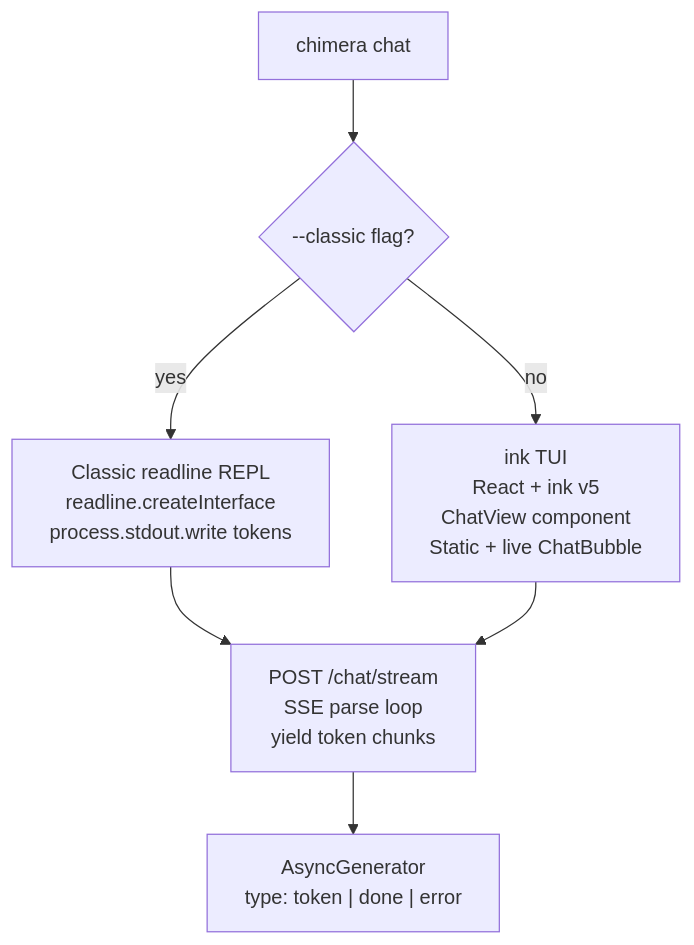
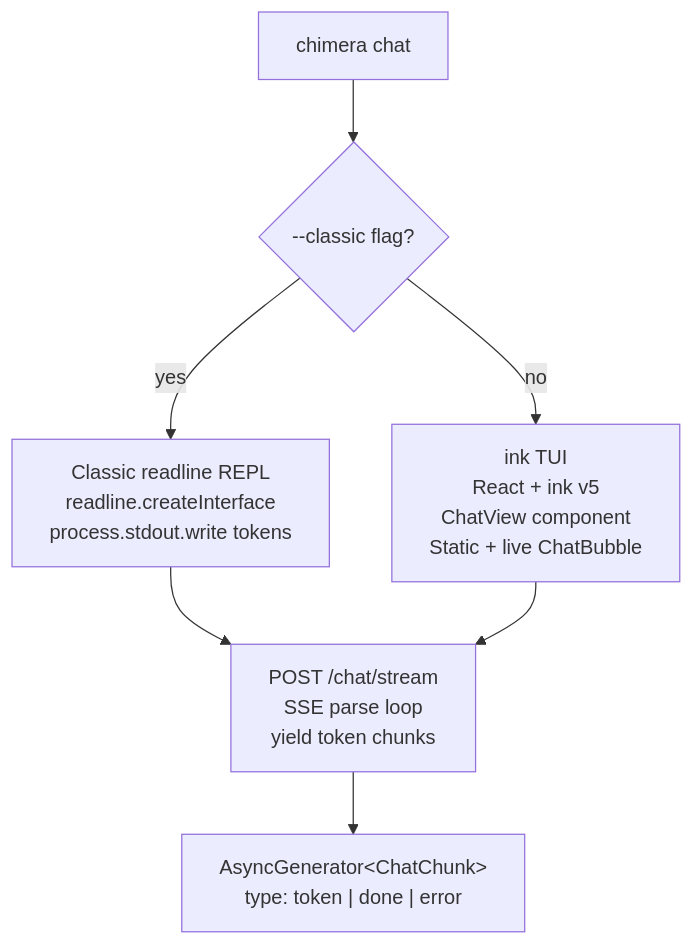
The fifth of 6 diagrams in docs/architecture/cli-lifecycle.md (Codeseys-Labs/chimera), drawn with Mermaid before and after one commit. The commit also changed other lines of this file and 1 other file, not shown here.

First line of the commit message:
fix(docs): apply mermaid diagram syntax fixes from builder-mermaid-fix

````diff
--- a/docs/architecture/cli-lifecycle.md
+++ b/docs/architecture/cli-lifecycle.md
@@ -202,25 +156,17 @@
 ```mermaid
 flowchart TD
     CMD[chimera chat]
     FLAG{--classic flag?}
 
-    READLINE[Classic readline REPL
-    readline.createInterface
-    process.stdout.write tokens]
-    INK[ink TUI
-    React + ink v5
-    ChatView component
-    Static + live ChatBubble]
+    READLINE["Classic readline REPL<br/>readline.createInterface<br/>process.stdout.write tokens"]
+    INK["ink TUI<br/>React + ink v5<br/>ChatView component<br/>Static + live ChatBubble"]
 
     CMD --> FLAG
     FLAG -- yes --> READLINE
     FLAG -- no --> INK
 
-    READLINE --> STREAM[POST /chat/stream
-    SSE parse loop
-    yield token chunks]
+    READLINE --> STREAM["POST /chat/stream<br/>SSE parse loop<br/>yield token chunks"]
     INK --> STREAM
 
-    STREAM --> SSE["AsyncGenerator<ChatChunk>
-    type: token | done | error"]
+    STREAM --> SSE["AsyncGenerator&lt;ChatChunk&gt;<br/>type: token | done | error"]
 ```
````
